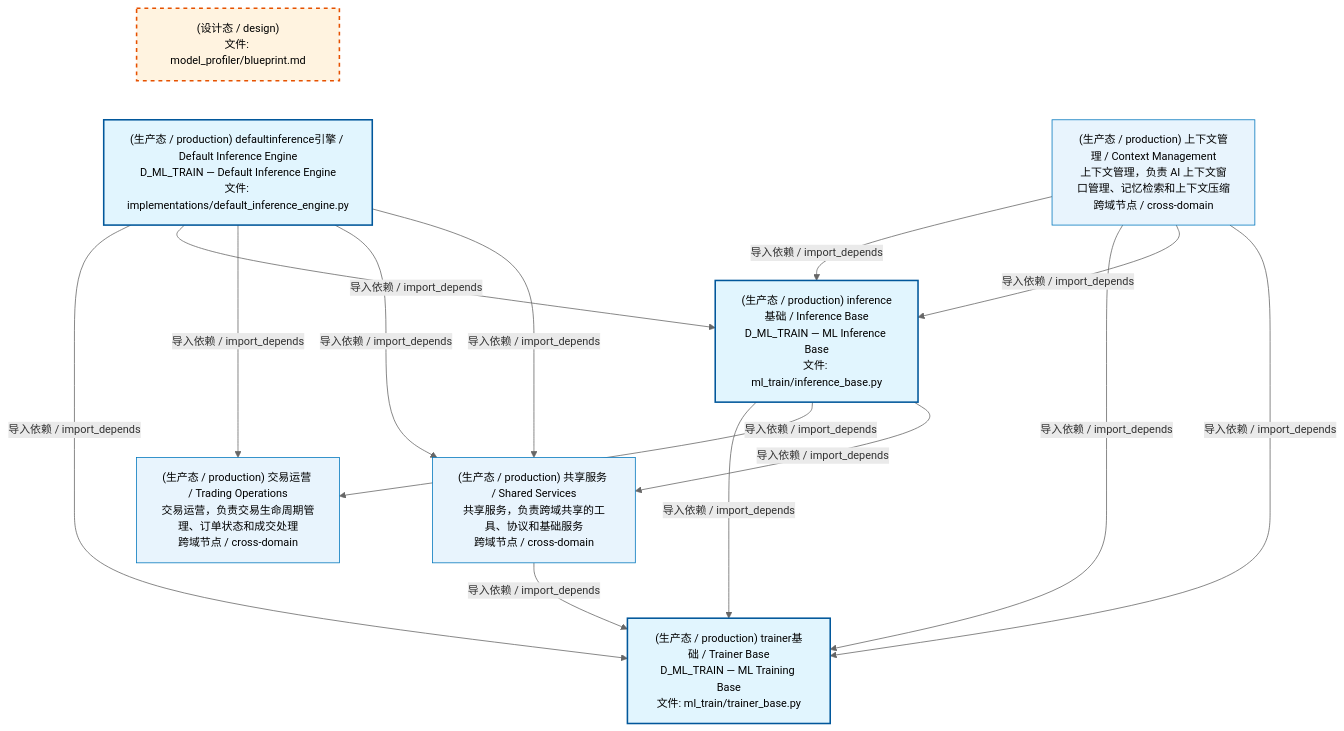
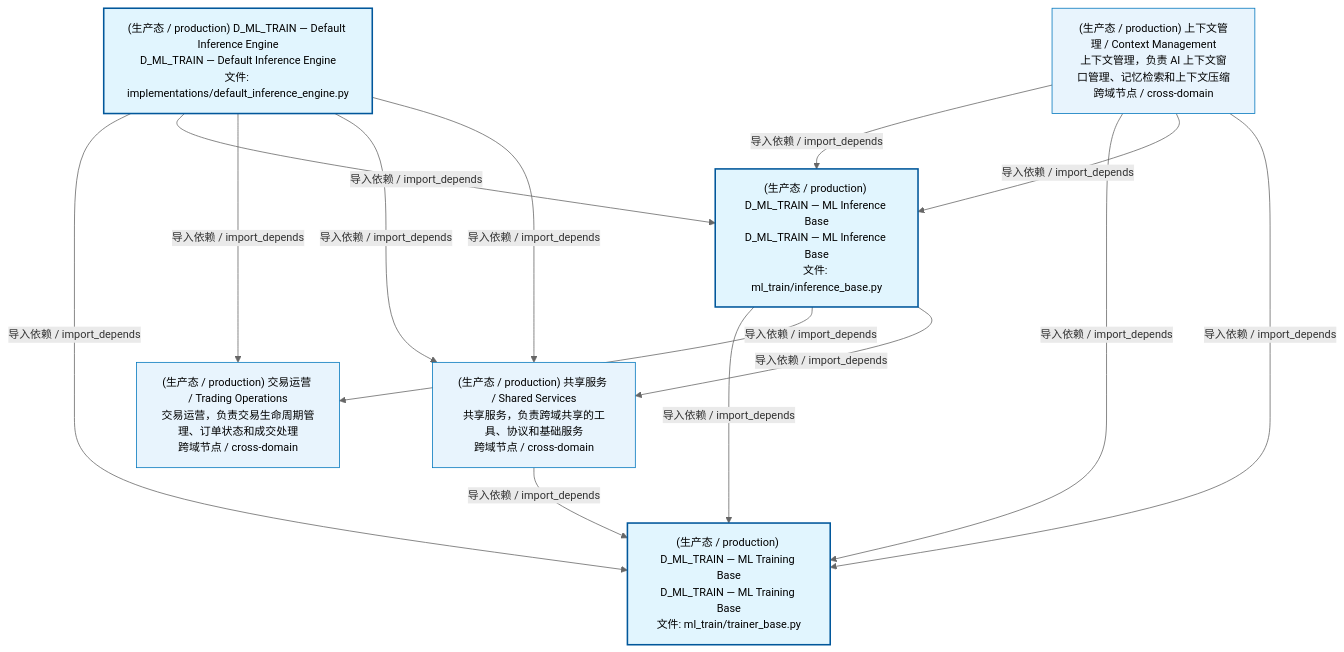
Before and after one commit to xuanFelixVan/ZephyrAlpha: the second of 4 diagrams in docs/02_enterprise_architecture/02_domain_architecture_docs/61_d_ml_train.md, drawn with Mermaid. The commit also changed other lines of this file and 75 other files, not shown here.

````diff
--- a/docs/02_enterprise_architecture/02_domain_architecture_docs/61_d_ml_train.md
+++ b/docs/02_enterprise_architecture/02_domain_architecture_docs/61_d_ml_train.md
@@ -53,32 +99,29 @@
 ```mermaid
 %%{init: {'theme': 'base', 'themeVariables': {'primaryColor': '#eaeaea', 'primaryTextColor': '#333333', 'primaryBorderColor': '#666666', 'lineColor': '#666666', 'secondaryColor': '#eaeaea', 'tertiaryColor': '#eaeaea', 'fontSize': '14px'}}}%%
 flowchart TD
-    docs_03_modules_cross_layer_model_profiler_blueprint_md["(设计态 / design)<br/>文件: model_profiler/blueprint.md"]
-    src_zephyr_ml_train_implementations_default_inference_engine_py["(生产态 / production) defaultinference引擎 / Default Inference Engine<br/>D_ML_TRAIN — Default Inference Engine<br/>文件: implementations/default_inference_engine.py"]
-    docs_03_modules_cross_layer_model_profiler_blueprint_md ~~~ src_zephyr_ml_train_implementations_default_inference_engine_py
-    src_zephyr_ml_train_inference_base_py["(生产态 / production) inference基础 / Inference Base<br/>D_ML_TRAIN — ML Inference Base<br/>文件: ml_train/inference_base.py"]
-    src_zephyr_ml_train_trainer_base_py["(生产态 / production) trainer基础 / Trainer Base<br/>D_ML_TRAIN — ML Training Base<br/>文件: ml_train/trainer_base.py"]
+    src_zephyr_ml_train_implementations_default_inference_engine_py["(生产态 / production) D_ML_TRAIN — Default Inference Engine<br/>D_ML_TRAIN — Default Inference Engine<br/>文件: implementations/default_inference_engine.py"]
+    src_zephyr_ml_train_inference_base_py["(生产态 / production) D_ML_TRAIN — ML Inference Base<br/>D_ML_TRAIN — ML Inference Base<br/>文件: ml_train/inference_base.py"]
+    src_zephyr_ml_train_trainer_base_py["(生产态 / production) D_ML_TRAIN — ML Training Base<br/>D_ML_TRAIN — ML Training Base<br/>文件: ml_train/trainer_base.py"]
     src_zephyr_ml_train_implementations_default_inference_engine_py -->|导入依赖 / import_depends| src_zephyr_ml_train_trainer_base_py
     src_zephyr_ml_train_implementations_default_inference_engine_py -->|导入依赖 / import_depends| src_zephyr_ml_train_inference_base_py
     src_zephyr_ml_train_inference_base_py -->|导入依赖 / import_depends| src_zephyr_ml_train_trainer_base_py
     D_TRADING["(生产态 / production) 交易运营 / Trading Operations<br/>交易运营，负责交易生命周期管理、订单状态和成交处理<br/>跨域节点 / cross-domain"]
-    src_zephyr_ml_train_inference_base_py -->|导入依赖 / import_depends| D_TRADING
+    src_zephyr_ml_train_implementations_default_inference_engine_py -->|导入依赖 / import_depends| D_TRADING
     D_SHARED["(生产态 / production) 共享服务 / Shared Services<br/>共享服务，负责跨域共享的工具、协议和基础服务<br/>跨域节点 / cross-domain"]
-    src_zephyr_ml_train_inference_base_py -->|导入依赖 / import_depends| D_SHARED
-    src_zephyr_ml_train_implementations_default_inference_engine_py -->|导入依赖 / import_depends| D_TRADING
     src_zephyr_ml_train_implementations_default_inference_engine_py -->|导入依赖 / import_depends| D_SHARED
     src_zephyr_ml_train_implementations_default_inference_engine_py -->|导入依赖 / import_depends| D_SHARED
+    src_zephyr_ml_train_inference_base_py -->|导入依赖 / import_depends| D_TRADING
+    src_zephyr_ml_train_inference_base_py -->|导入依赖 / import_depends| D_SHARED
     D_INTELLIGENCE["(生产态 / production) 上下文管理 / Context Management<br/>上下文管理，负责 AI 上下文窗口管理、记忆检索和上下文压缩<br/>跨域节点 / cross-domain"]
     D_INTELLIGENCE -->|导入依赖 / import_depends| src_zephyr_ml_train_inference_base_py
     D_INTELLIGENCE -->|导入依赖 / import_depends| src_zephyr_ml_train_trainer_base_py
     D_SHARED -->|导入依赖 / import_depends| src_zephyr_ml_train_trainer_base_py
     D_INTELLIGENCE -->|导入依赖 / import_depends| src_zephyr_ml_train_inference_base_py
     D_INTELLIGENCE -->|导入依赖 / import_depends| src_zephyr_ml_train_trainer_base_py
     classDef production fill:#e1f5fe,stroke:#01579b,stroke-width:2px,color:#000
     classDef design fill:#fff3e0,stroke:#e65100,stroke-width:2px,color:#000,stroke-dasharray: 5 5
     classDef external_prod fill:#e8f4fd,stroke:#0277bd,stroke-width:1px,color:#000
     classDef external_design fill:#fff8e7,stroke:#ef6c00,stroke-width:1px,color:#000,stroke-dasharray: 5 5
     class src_zephyr_ml_train_implementations_default_inference_engine_py,src_zephyr_ml_train_inference_base_py,src_zephyr_ml_train_trainer_base_py production
-    class docs_03_modules_cross_layer_model_profiler_blueprint_md design
     class D_TRADING,D_SHARED,D_INTELLIGENCE external_prod
 ```
````
